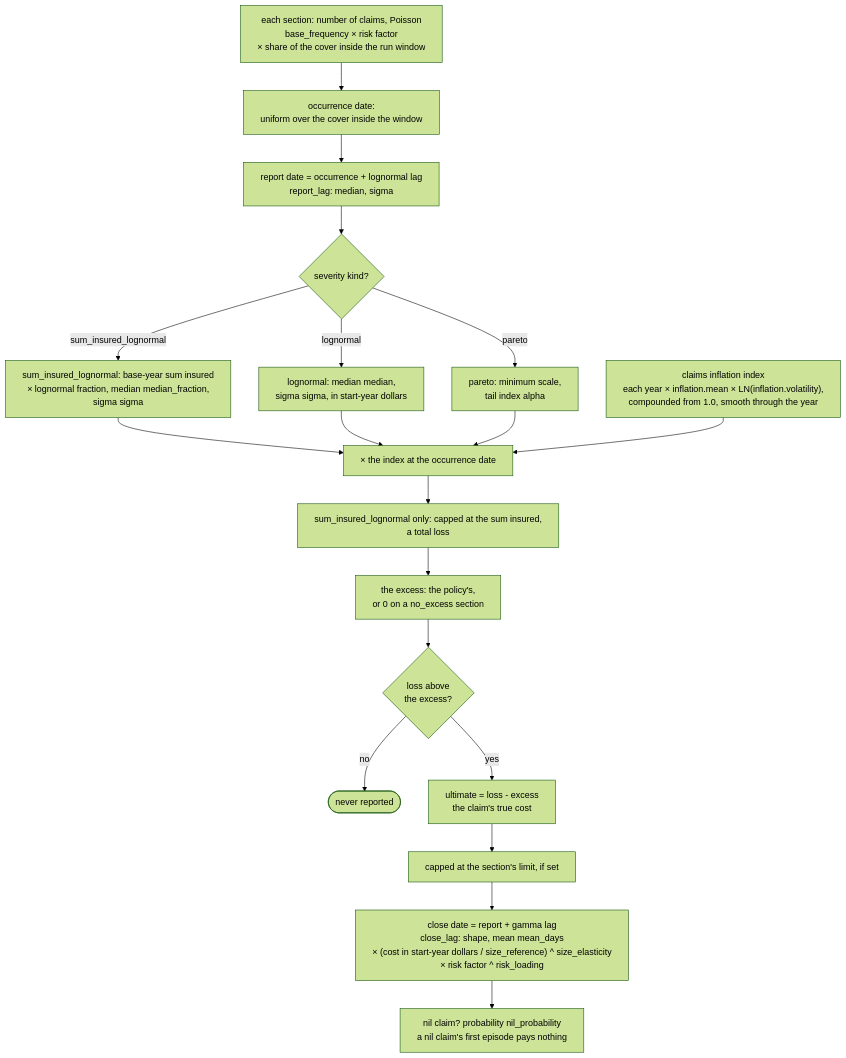
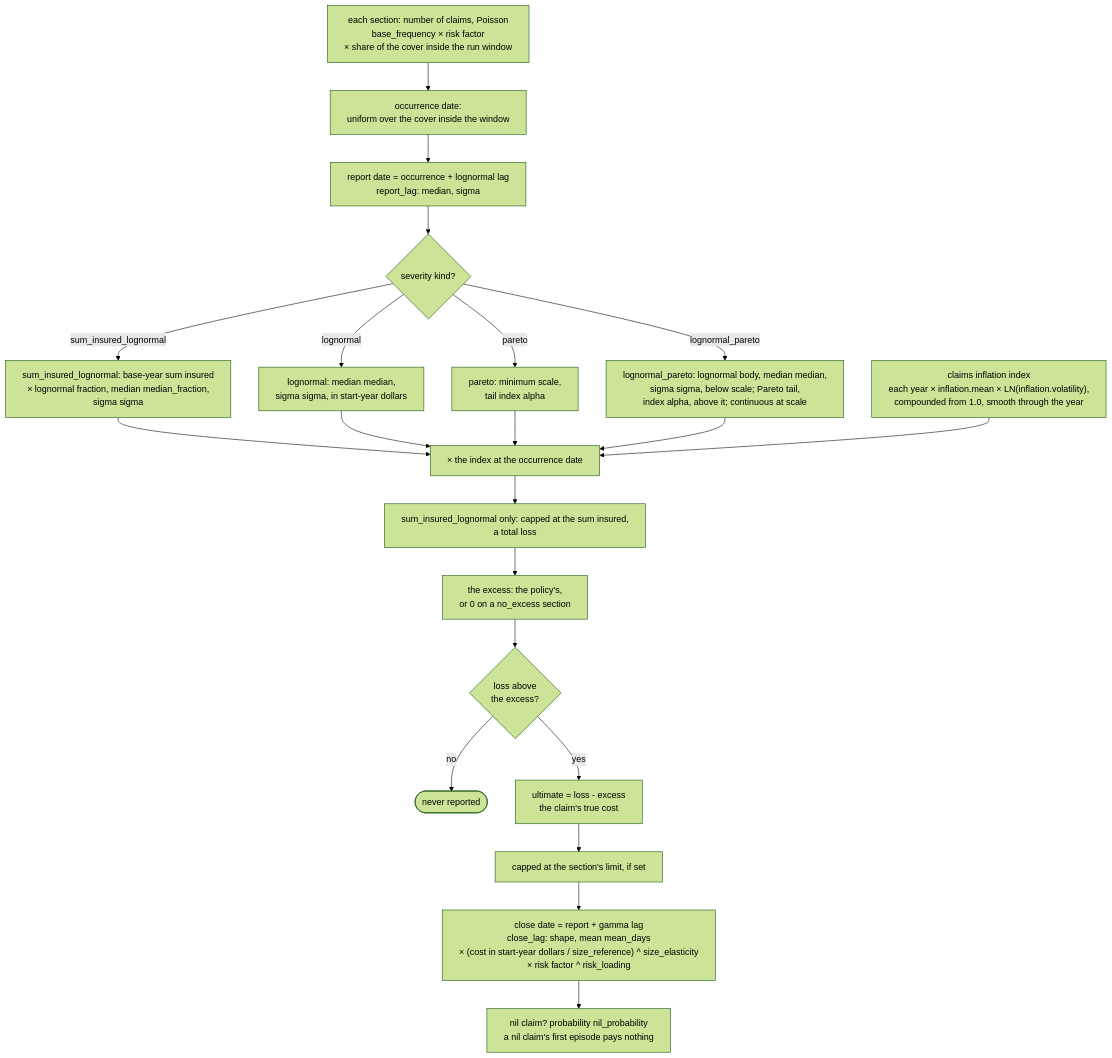
One commit to le-marais/claims-data-generator changed the fourth of 10 diagrams in README.md. Above: the diagram before and after it, drawn with Mermaid (forest theme). The commit also changed other lines of this file and 22 other files, not shown here.

First line of the commit message:
Give injury a lognormal body under its Pareto tail, and take no excess on personal liability (MR-8) (#33)

````diff
--- a/README.md
+++ b/README.md
@@ -149,32 +149,35 @@
 ```mermaid
 %%{init: {"flowchart": {"wrappingWidth": 480}}}%%
 flowchart TD
     count["each section: number of claims, Poisson<br/>base_frequency × risk factor<br/>× share of the cover inside the run window"]
     occurrence["occurrence date:<br/>uniform over the cover inside the window"]
     report["report date = occurrence + lognormal lag<br/>report_lag: median, sigma"]
     kind{"severity kind?"}
     siLoss["sum_insured_lognormal: base-year sum insured<br/>× lognormal fraction, median median_fraction,<br/>sigma sigma"]
     lognormalLoss["lognormal: median median,<br/>sigma sigma, in start-year dollars"]
     paretoLoss["pareto: minimum scale,<br/>tail index alpha"]
+    splicedLoss["lognormal_pareto: lognormal body, median median,<br/>sigma sigma, below scale; Pareto tail,<br/>index alpha, above it; continuous at scale"]
     index["claims inflation index<br/>each year × inflation.mean × LN(inflation.volatility),<br/>compounded from 1.0, smooth through the year"]
     trended["× the index at the occurrence date"]
     cap["sum_insured_lognormal only: capped at the sum insured,<br/>a total loss"]
     excess["the excess: the policy's,<br/>or 0 on a no_excess section"]
     pierce{"loss above<br/>the excess?"}
     dropped(["never reported"])
     ultimate["ultimate = loss - excess<br/>the claim's true cost"]
     limitCap["capped at the section's limit, if set"]
     closeDate["close date = report + gamma lag<br/>close_lag: shape, mean mean_days<br/>× (cost in start-year dollars / size_reference) ^ size_elasticity<br/>× risk factor ^ risk_loading"]
     nilFlag["nil claim? probability nil_probability<br/>a nil claim's first episode pays nothing"]
     count --> occurrence --> report --> kind
     kind -- "sum_insured_lognormal" --> siLoss
     kind -- "lognormal" --> lognormalLoss
     kind -- "pareto" --> paretoLoss
+    kind -- "lognormal_pareto" --> splicedLoss
     siLoss --> trended
     lognormalLoss --> trended
     paretoLoss --> trended
+    splicedLoss --> trended
     index --> trended
     trended --> cap --> excess --> pierce
     pierce -- "no" --> dropped
     pierce -- "yes" --> ultimate --> limitCap --> closeDate --> nilFlag
 ```
````
